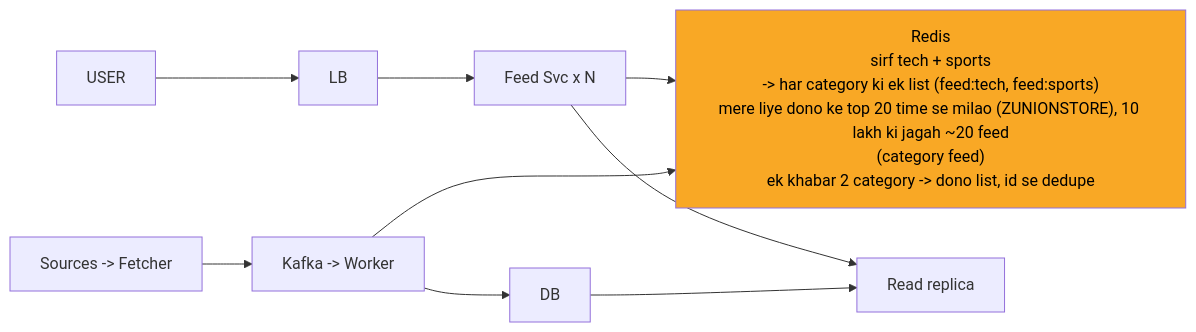
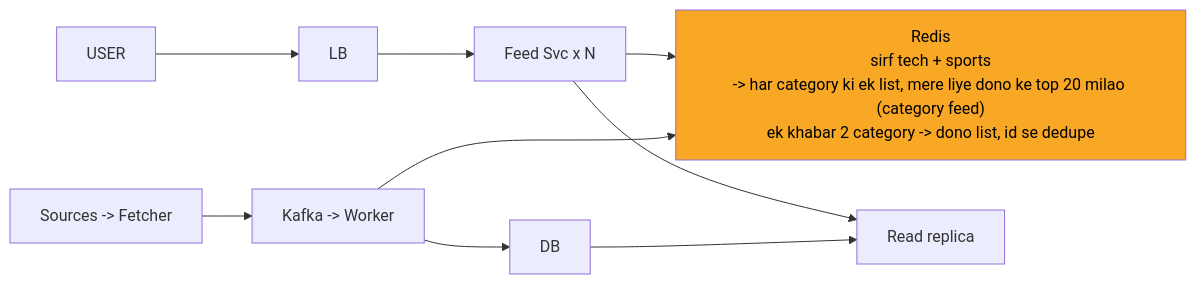
The diagram in 04_HLD/SYSTEM_DESIGNS/08_news_aggregator/img/c6.mmd (ArpanMaheshwari144/Prep), drawn with Mermaid before and after one commit. The commit also changed 39 other files, not shown here.

```diff
--- a/04_HLD/SYSTEM_DESIGNS/08_news_aggregator/img/c6.mmd
+++ b/04_HLD/SYSTEM_DESIGNS/08_news_aggregator/img/c6.mmd
@@ -1,19 +1,19 @@
 %%{init: {"flowchart": {"wrappingWidth": 450}}}%%
 flowchart LR
     n_USER["USER"]
     n_LB["LB"]
     n_Feed_Svc_xN["Feed Svc x N"]
-    n_Redis["Redis<br/>sirf tech + sports<br/>-> har category ki ek list (feed:tech, feed:sports)<br/>mere liye dono ke top 20 time se milao (ZUNIONSTORE), 10 lakh ki jagah ~20 feed<br/>(category feed)<br/>ek khabar 2 category -> dono list, id se dedupe"]
+    n_Redis["Redis<br/>sirf tech + sports<br/>-> har category ki ek list, mere liye dono ke top 20 milao (category feed)<br/>ek khabar 2 category -> dono list, id se dedupe"]
     n_Read_replica["Read replica"]
     n_DB["DB"]
     n_KW["Kafka -> Worker"]
     n_SF["Sources -> Fetcher"]
     n_USER --> n_LB
     n_LB --> n_Feed_Svc_xN
     n_Feed_Svc_xN --> n_Redis
     n_Feed_Svc_xN --> n_Read_replica
     n_DB --> n_Read_replica
     n_KW --> n_DB
     n_KW --> n_Redis
     n_SF --> n_KW
     style n_Redis fill:#f9a825,color:#000
```
